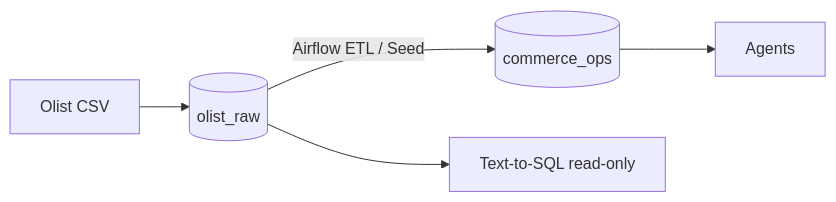
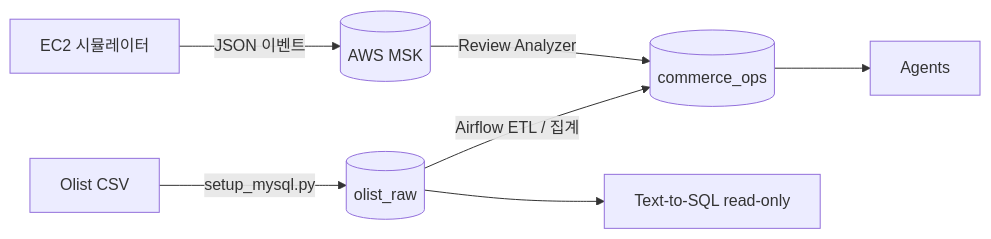
The first of 2 diagrams in docs/DATA.md (archdsp/AI_Commerce_Operation_Platform), drawn with Mermaid before and after one commit. The commit also changed other lines of this file and 9 other files, not shown here.

````diff
--- a/docs/DATA.md
+++ b/docs/DATA.md
@@ -43,7 +52,9 @@
 ```mermaid
 flowchart LR
-    CSV[Olist CSV] --> RAW[(olist_raw)]
-    RAW -->|Airflow ETL / Seed| OPS[(commerce_ops)]
+    CSV[Olist CSV] -->|setup_mysql.py| RAW[(olist_raw)]
+    SIM[EC2 시뮬레이터] -->|JSON 이벤트| MSK[(AWS MSK)]
+    MSK -->|Review Analyzer| OPS[(commerce_ops)]
+    RAW -->|Airflow ETL / 집계| OPS
     OPS --> AG[Agents]
     RAW --> SQL[Text-to-SQL read-only]
 ```
````
